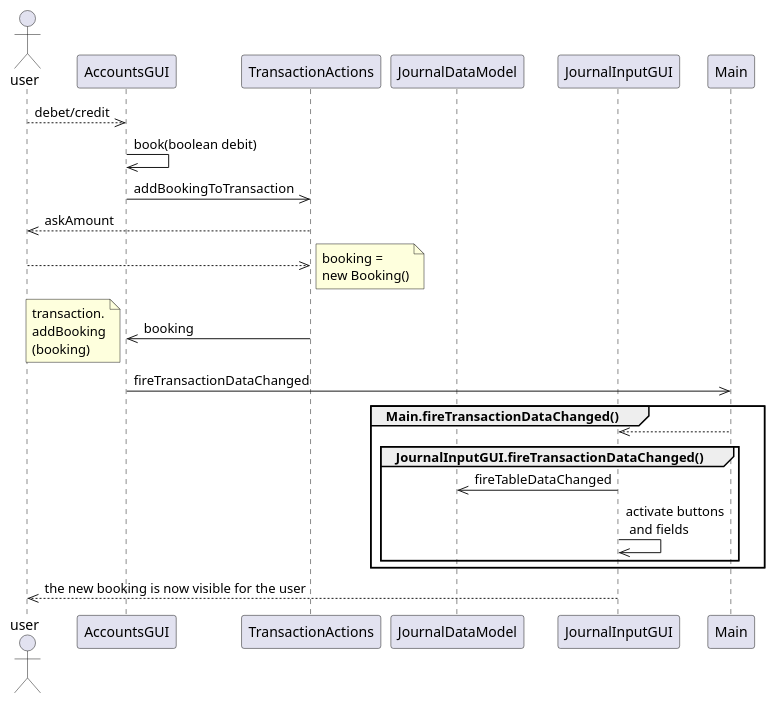
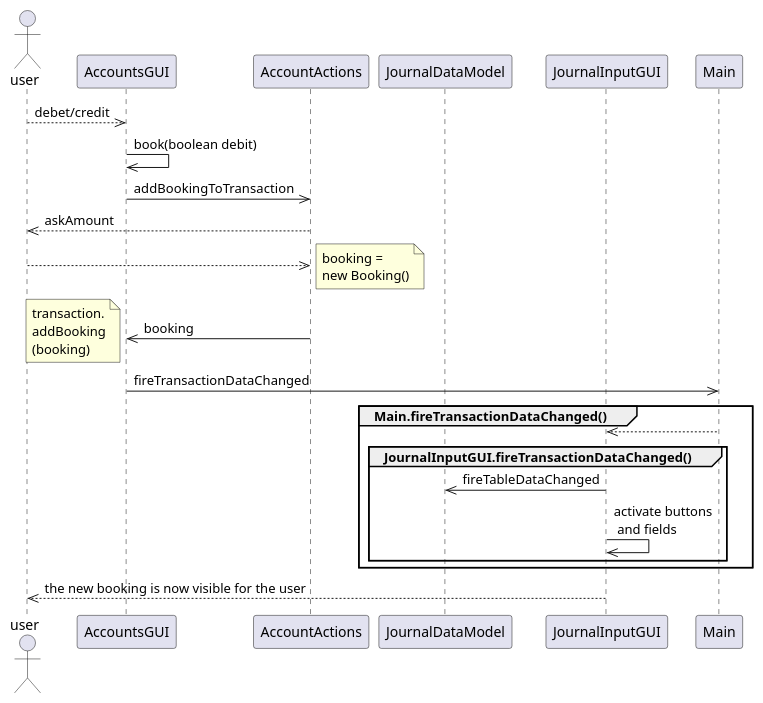
Before and after one commit to DavidCADanneels/Accounting: the diagram in seed/AddBooking.puml, drawn with PlantUML. The commit also changed 1 other file, not shown here.

Commit message:
ACC-9 add VAT functionality to AccountTableGUI

```diff
--- a/seed/AddBooking.puml
+++ b/seed/AddBooking.puml
@@ -1,26 +1,26 @@
 @startuml
 actor user
 participant AccountsGUI
-participant TransactionActions
+participant AccountActions
 participant JournalDataModel
 participant JournalInputGUI
 participant Main
 
 user-->>AccountsGUI:debet/credit
 AccountsGUI->>AccountsGUI:book(boolean debit)
-AccountsGUI->>TransactionActions:addBookingToTransaction
-TransactionActions-->>user:askAmount
-user-->>TransactionActions
+AccountsGUI->>AccountActions:addBookingToTransaction
+AccountActions-->>user:askAmount
+user-->>AccountActions
 note right:booking =\nnew Booking()
-TransactionActions->>AccountsGUI:booking
+AccountActions->>AccountsGUI:booking
 note left:transaction.\naddBooking\n(booking)
 AccountsGUI->>Main:fireTransactionDataChanged
 group Main.fireTransactionDataChanged()
 Main-->>JournalInputGUI
 group JournalInputGUI.fireTransactionDataChanged()
 JournalInputGUI->>JournalDataModel:fireTableDataChanged
 JournalInputGUI->>JournalInputGUI:activate buttons\n and fields
 end
 end
 JournalInputGUI-->>user:the new booking is now visible for the user
 @enduml
```
